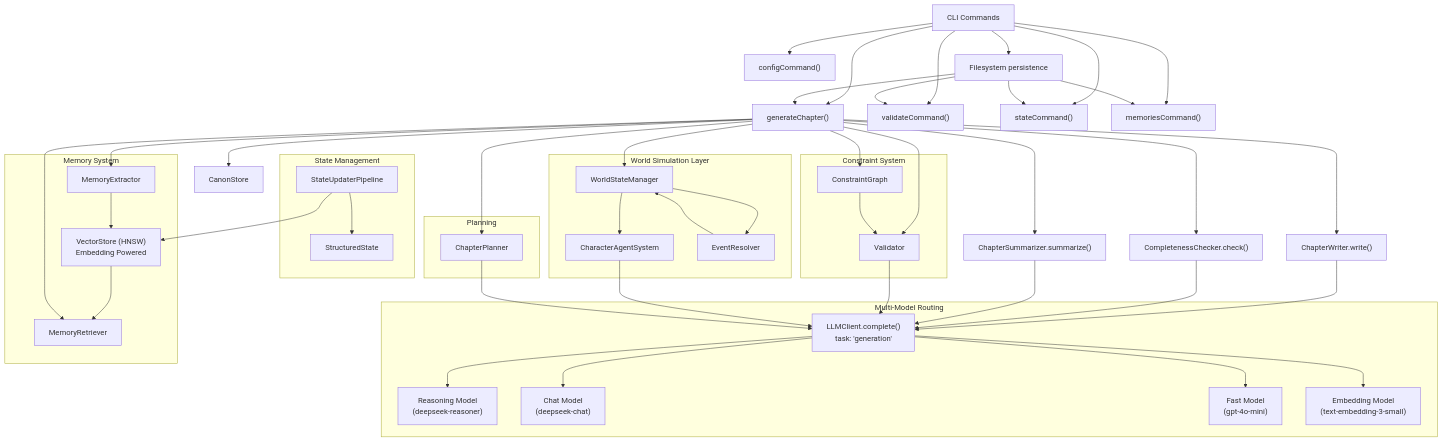
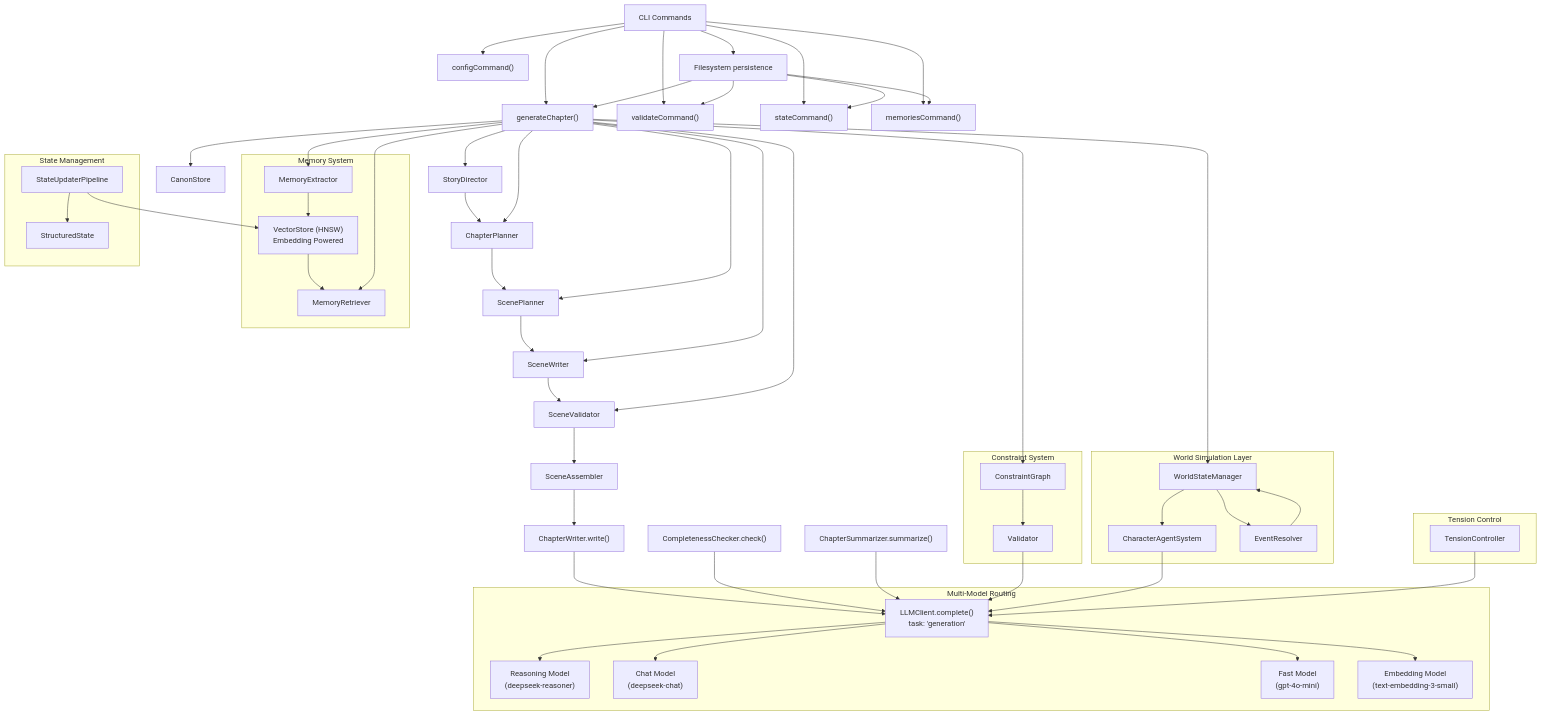
Before and after one commit to liwonder/NARRITIVE_OS: the second of 18 diagrams in .qoder/repowiki/en/content/Engine Architecture/Engine Architecture.md, drawn with Mermaid. The commit also changed other lines of this file and 5 other files, not shown here.

````diff
--- a/.qoder/repowiki/en/content/Engine Architecture/Engine Architecture.md
+++ b/.qoder/repowiki/en/content/Engine Architecture/Engine Architecture.md
@@ -193,64 +216,70 @@
 ```mermaid
 graph TB
 CLI["CLI Commands"] --> Gen["generateChapter()"]
 CLI --> Validate["validateCommand()"]
 CLI --> StateCmd["stateCommand()"]
 CLI --> MemoriesCmd["memoriesCommand()"]
 CLI --> ConfigCmd["configCommand()"]
-Gen --> Writer["ChapterWriter.write()"]
-Gen --> Checker["CompletenessChecker.check()"]
-Gen --> Summarizer["ChapterSummarizer.summarize()"]
-Gen --> Validator["CanonValidator.validate()"]
+Gen --> StoryDirector["StoryDirector"]
+StoryDirector --> ChapterPlanner["ChapterPlanner"]
+ChapterPlanner --> ScenePlanner["ScenePlanner"]
+ScenePlanner --> SceneWriter["SceneWriter"]
+SceneWriter --> SceneValidator["SceneValidator"]
+SceneValidator --> SceneAssembler["SceneAssembler"]
+SceneAssembler --> Writer["ChapterWriter.write()"]
 Writer --> LLM["LLMClient.complete()<br/>task: 'generation'"]
-Checker --> LLM
-Summarizer --> LLM
-Validator --> LLM
+Checker["CompletenessChecker.check()"] --> LLM
+Summarizer["ChapterSummarizer.summarize()"] --> LLM
+Validator["CanonValidator.validate()"] --> LLM
 subgraph "Multi-Model Routing"
 LLM --> Reasoning["Reasoning Model<br/>(deepseek-reasoner)"]
 LLM --> Chat["Chat Model<br/>(deepseek-chat)"]
 LLM --> Fast["Fast Model<br/>(gpt-4o-mini)"]
 LLM --> Embedding["Embedding Model<br/>(text-embedding-3-small)"]
 end
 subgraph "Memory System"
 VectorStore["VectorStore (HNSW)<br/>Embedding Powered"]
 MemoryRetriever["MemoryRetriever"]
 MemoryExtractor["MemoryExtractor"]
 VectorStore --> MemoryRetriever
 MemoryExtractor --> VectorStore
 end
 subgraph "State Management"
 StructuredState["StructuredState"]
 StateUpdater["StateUpdaterPipeline"]
 StateUpdater --> VectorStore
 StateUpdater --> StructuredState
 end
 subgraph "World Simulation Layer"
 WorldState["WorldStateManager"]
 CharacterAgent["CharacterAgentSystem"]
 EventResolver["EventResolver"]
 WorldState --> CharacterAgent
 WorldState --> EventResolver
 CharacterAgent --> LLM
 EventResolver --> WorldState
 end
 subgraph "Constraint System"
 ConstraintGraph["ConstraintGraph"]
 Validator["Validator"]
 ConstraintGraph --> Validator
 end
-subgraph "Planning"
-ChapterPlanner["ChapterPlanner"]
-ChapterPlanner --> LLM
+subgraph "Tension Control"
+TensionController["TensionController"]
+TensionController --> LLM
 end
 Gen --> Canon["CanonStore"]
 Gen --> ConstraintGraph
 Gen --> WorldState
 Gen --> ChapterPlanner
+Gen --> ScenePlanner
+Gen --> SceneWriter
+Gen --> SceneValidator
 Gen --> MemoryRetriever
 Gen --> MemoryExtractor
 CLI --> Store["Filesystem persistence"]
 Store --> Gen
 Store --> Validate
 Store --> StateCmd
 Store --> MemoriesCmd
 ```
````
